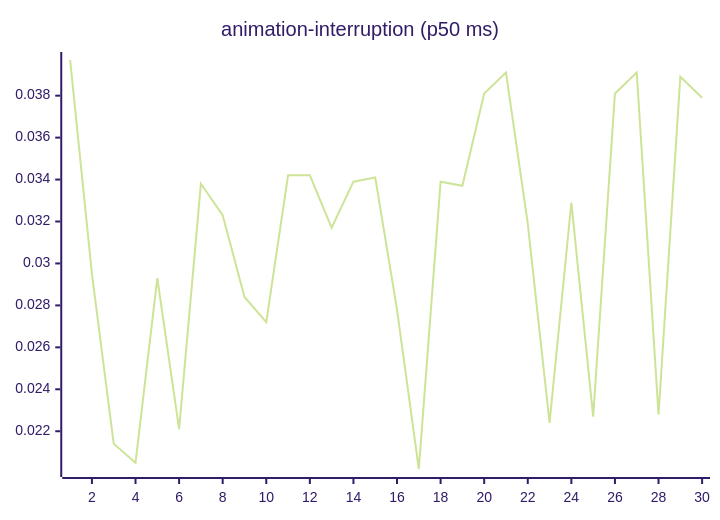
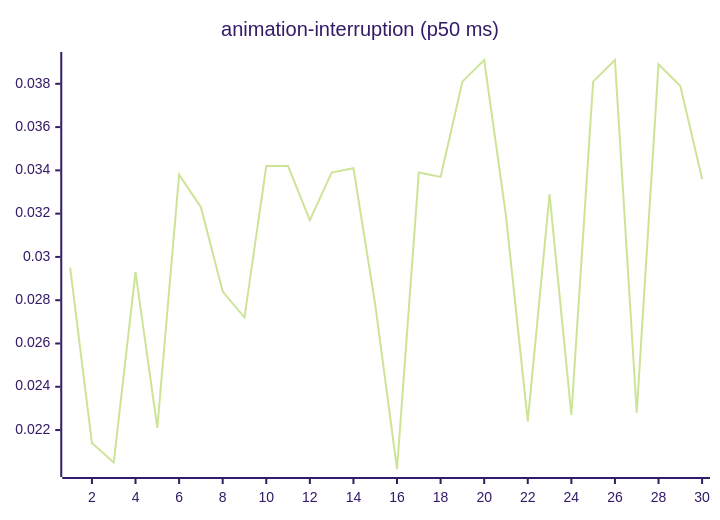
One commit to josha/Facet changed the third of 27 diagrams in README.md. Above: the diagram before and after it, drawn with Mermaid (forest theme). The commit also changed other lines of this file and 2 other files, not shown here.

````diff
--- a/README.md
+++ b/README.md
@@ -77,6 +77,6 @@
 ```mermaid
 xychart-beta
     title "animation-interruption (p50 ms)"
     x-axis 1 --> 30
-    line [0.0397, 0.0295, 0.0214, 0.0205, 0.0293, 0.0221, 0.0338, 0.0323, 0.0284, 0.0272, 0.0342, 0.0342, 0.0317, 0.0339, 0.0341, 0.0278, 0.0202, 0.0339, 0.0337, 0.0381, 0.0391, 0.0319, 0.0224, 0.0329, 0.0227, 0.0381, 0.0391, 0.0228, 0.0389, 0.0379]
+    line [0.0295, 0.0214, 0.0205, 0.0293, 0.0221, 0.0338, 0.0323, 0.0284, 0.0272, 0.0342, 0.0342, 0.0317, 0.0339, 0.0341, 0.0278, 0.0202, 0.0339, 0.0337, 0.0381, 0.0391, 0.0319, 0.0224, 0.0329, 0.0227, 0.0381, 0.0391, 0.0228, 0.0389, 0.0379, 0.0336]
 ```
````
